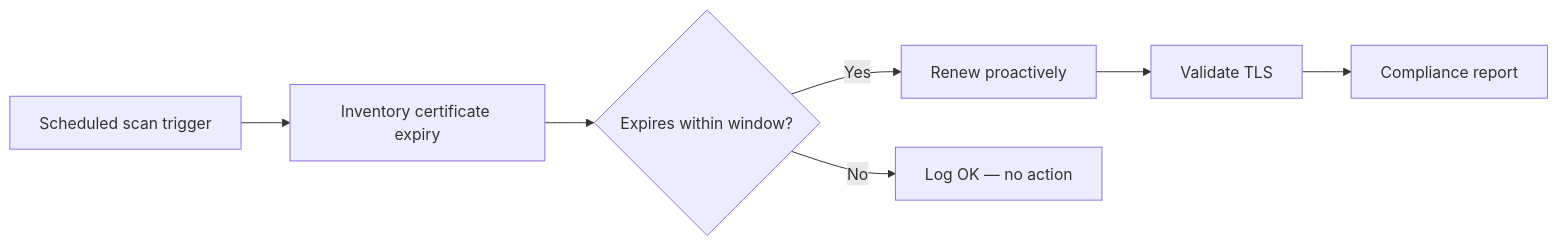
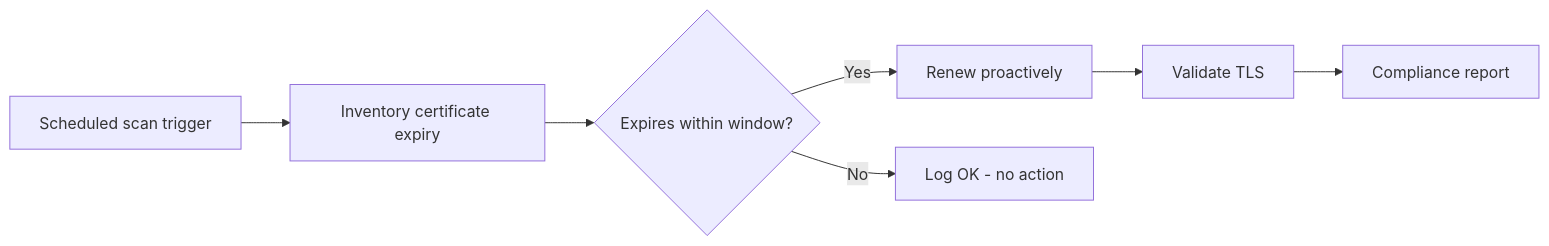
Before and after one commit to ansible-tmm/aap-orchestrator-demos: the diagram in proactive-assessment/README.md, drawn with Mermaid. The commit also changed other lines of this file and 48 other files, not shown here.

````diff
--- a/proactive-assessment/README.md
+++ b/proactive-assessment/README.md
@@ -15,9 +15,9 @@
 ```mermaid
 flowchart LR
   A[Scheduled scan trigger] --> B[Inventory certificate expiry]
   B --> C{Expires within window?}
   C -->|Yes| D[Renew proactively]
-  C -->|No| E[Log OK — no action]
+  C -->|No| E[Log OK - no action]
   D --> F[Validate TLS]
   F --> G[Compliance report]
 ```
````
